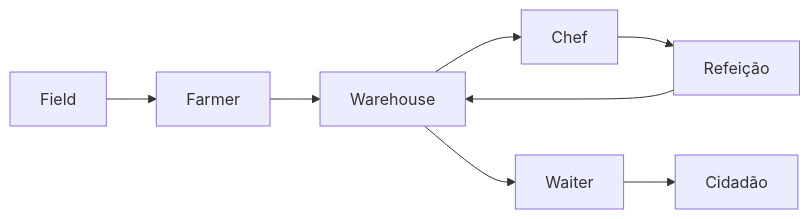
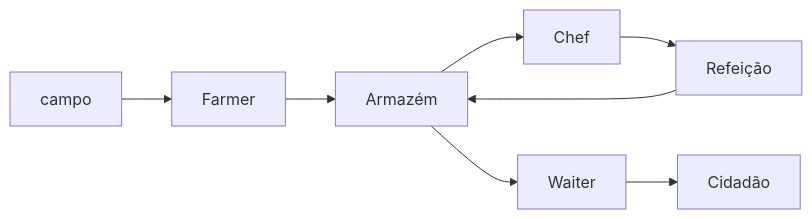
Before and after one commit to addandias/minecolonies-vault: the first of 3 diagrams in content/05 - Alimentação/Cadeias alimentares.md, drawn with Mermaid. The commit also changed other lines of this file and 127 other files, not shown here.

````diff
--- a/content/05 - Alimentação/Cadeias alimentares.md
+++ b/content/05 - Alimentação/Cadeias alimentares.md
@@ -18,10 +18,10 @@
 ```mermaid
 flowchart LR
-    A["Field"] --> B["Farmer"]
-    B --> C["Warehouse"]
+    A["campo"] --> B["Farmer"]
+    B --> C["Armazém"]
     C --> D["Chef"]
     D --> E["Refeição"]
     E --> C
     C --> F["Waiter"]
     F --> G["Cidadão"]
 ```
````
